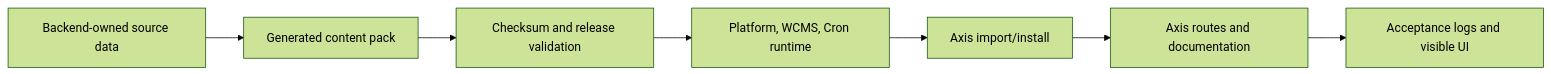
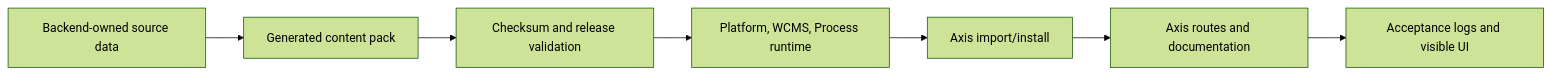
One commit to Nodics/nodics.ai changed the diagram in nodics.docs/docs/pages/framework/local-verification-checklist.md. Above: the diagram before and after it, drawn with Mermaid (forest theme). The commit also changed other lines of this file and 43 other files, not shown here.

````diff
--- a/nodics.docs/docs/pages/framework/local-verification-checklist.md
+++ b/nodics.docs/docs/pages/framework/local-verification-checklist.md
@@ -25,9 +25,9 @@
 ```mermaid
 flowchart LR
   Source["Backend-owned source data"] --> Generate["Generated content pack"]
   Generate --> Validate["Checksum and release validation"]
-  Validate --> Runtime["Platform, WCMS, Cron runtime"]
+  Validate --> Runtime["Platform, WCMS, Process runtime"]
   Runtime --> Import["Axis import/install"]
   Import --> Render["Axis routes and documentation"]
   Render --> Evidence["Acceptance logs and visible UI"]
 ```
````
